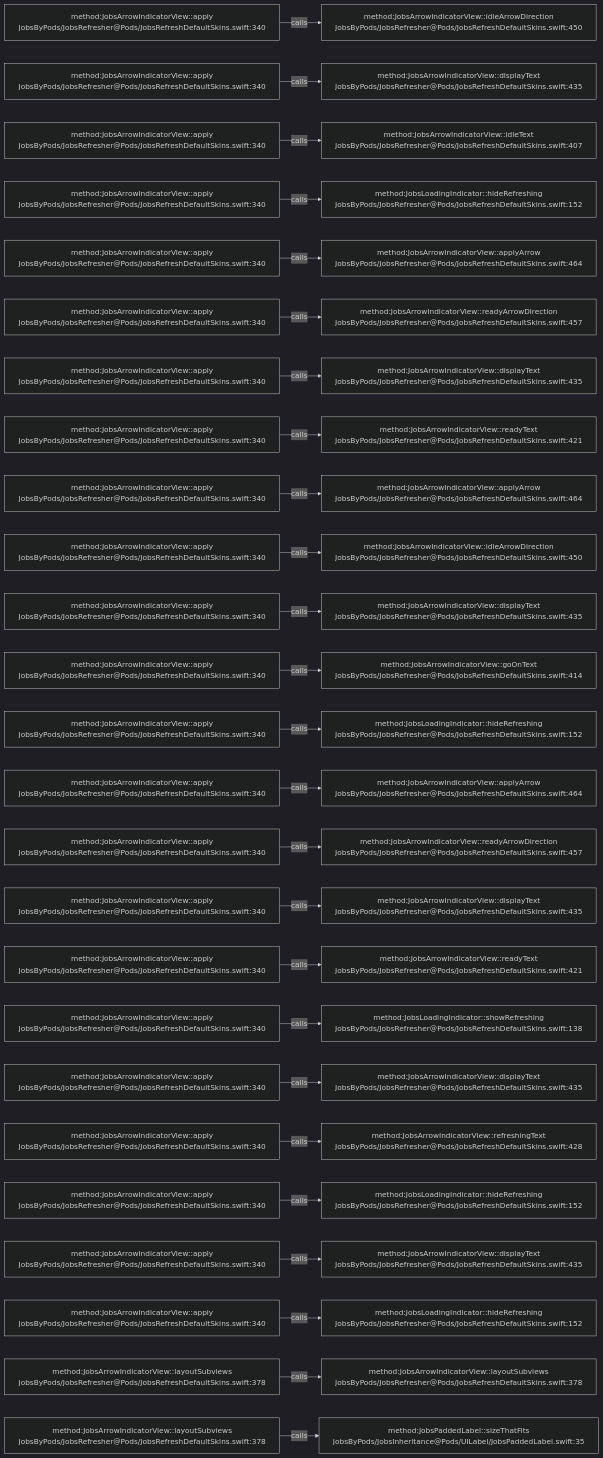
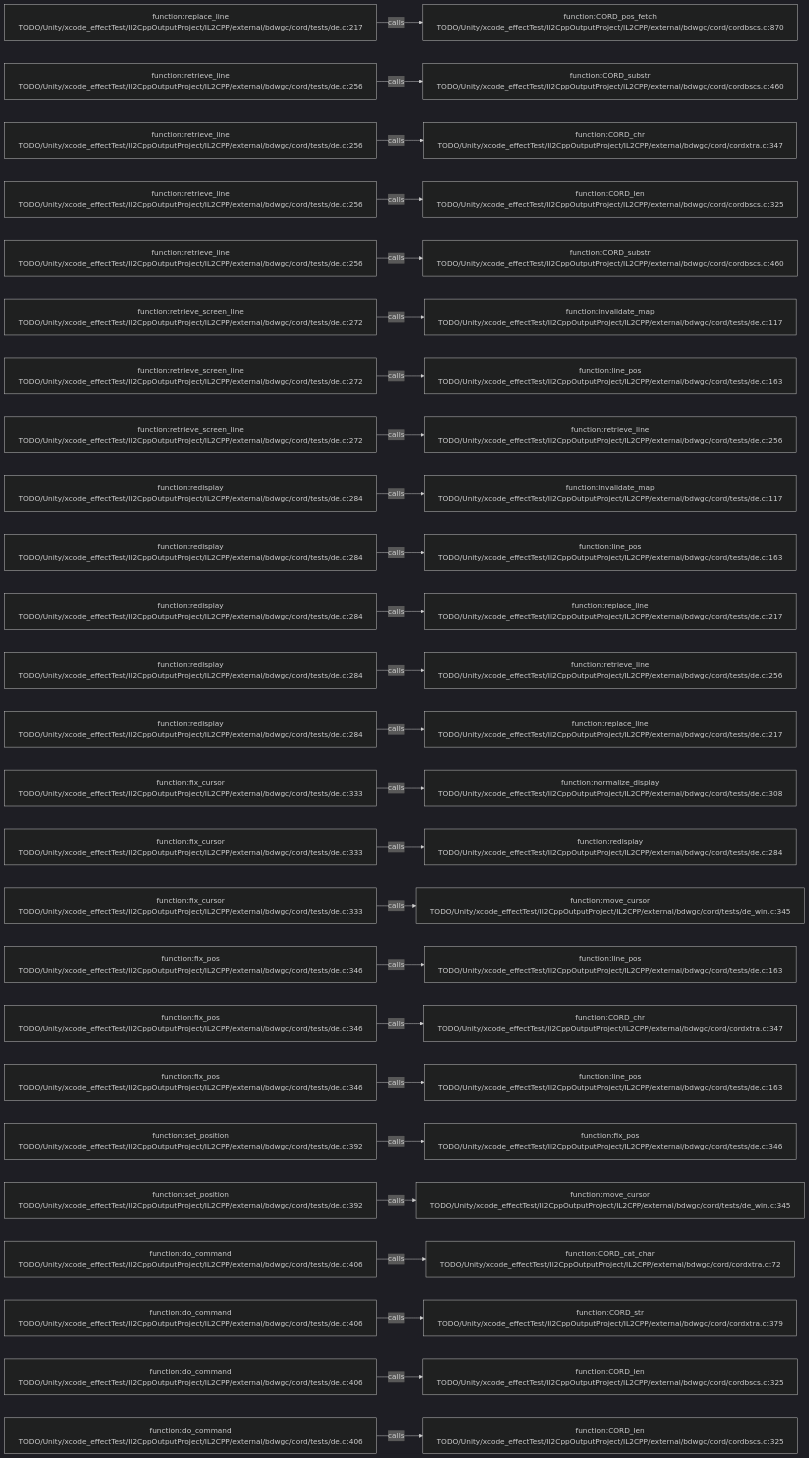
The diagram in .codegraph/codegraph.md/graphs/calls-160.md (JobsKits/JobsSwiftBaseConfigDemo), drawn with Mermaid (dark theme) before and after one commit. The commit also changed 569 other files, not shown here.

````diff
--- a/.codegraph/codegraph.md/graphs/calls-160.md
+++ b/.codegraph/codegraph.md/graphs/calls-160.md
@@ -13,78 +13,78 @@
 ```mermaid
 flowchart LR
-  S1["method:JobsArrowIndicatorView::apply<br/>JobsByPods/JobsRefresher@Pods/JobsRefreshDefaultSkins.swift:340"]
-  T1["method:JobsArrowIndicatorView::idleArrowDirection<br/>JobsByPods/JobsRefresher@Pods/JobsRefreshDefaultSkins.swift:450"]
+  S1["function:replace_line<br/>TODO/Unity/xcode_effectTest/Il2CppOutputProject/IL2CPP/external/bdwgc/cord/tests/de.c:217"]
+  T1["function:CORD_pos_fetch<br/>TODO/Unity/xcode_effectTest/Il2CppOutputProject/IL2CPP/external/bdwgc/cord/cordbscs.c:870"]
   S1 -->|calls| T1
-  S2["method:JobsArrowIndicatorView::apply<br/>JobsByPods/JobsRefresher@Pods/JobsRefreshDefaultSkins.swift:340"]
-  T2["method:JobsArrowIndicatorView::displayText<br/>JobsByPods/JobsRefresher@Pods/JobsRefreshDefaultSkins.swift:435"]
+  S2["function:retrieve_line<br/>TODO/Unity/xcode_effectTest/Il2CppOutputProject/IL2CPP/external/bdwgc/cord/tests/de.c:256"]
+  T2["function:CORD_substr<br/>TODO/Unity/xcode_effectTest/Il2CppOutputProject/IL2CPP/external/bdwgc/cord/cordbscs.c:460"]
   S2 -->|calls| T2
-  S3["method:JobsArrowIndicatorView::apply<br/>JobsByPods/JobsRefresher@Pods/JobsRefreshDefaultSkins.swift:340"]
-  T3["method:JobsArrowIndicatorView::idleText<br/>JobsByPods/JobsRefresher@Pods/JobsRefreshDefaultSkins.swift:407"]
+  S3["function:retrieve_line<br/>TODO/Unity/xcode_effectTest/Il2CppOutputProject/IL2CPP/external/bdwgc/cord/tests/de.c:256"]
+  T3["function:CORD_chr<br/>TODO/Unity/xcode_effectTest/Il2CppOutputProject/IL2CPP/external/bdwgc/cord/cordxtra.c:347"]
   S3 -->|calls| T3
-  S4["method:JobsArrowIndicatorView::apply<br/>JobsByPods/JobsRefresher@Pods/JobsRefreshDefaultSkins.swift:340"]
-  T4["method:JobsLoadingIndicator::hideRefreshing<br/>JobsByPods/JobsRefresher@Pods/JobsRefreshDefaultSkins.swift:152"]
+  S4["function:retrieve_line<br/>TODO/Unity/xcode_effectTest/Il2CppOutputProject/IL2CPP/external/bdwgc/cord/tests/de.c:256"]
+  T4["function:CORD_len<br/>TODO/Unity/xcode_effectTest/Il2CppOutputProject/IL2CPP/external/bdwgc/cord/cordbscs.c:325"]
   S4 -->|calls| T4
-  S5["method:JobsArrowIndicatorView::apply<br/>JobsByPods/JobsRefresher@Pods/JobsRefreshDefaultSkins.swift:340"]
-  T5["method:JobsArrowIndicatorView::applyArrow<br/>JobsByPods/JobsRefresher@Pods/JobsRefreshDefaultSkins.swift:464"]
+  S5["function:retrieve_line<br/>TODO/Unity/xcode_effectTest/Il2CppOutputProject/IL2CPP/external/bdwgc/cord/tests/de.c:256"]
+  T5["function:CORD_substr<br/>TODO/Unity/xcode_effectTest/Il2CppOutputProject/IL2CPP/external/bdwgc/cord/cordbscs.c:460"]
   S5 -->|calls| T5
-  S6["method:JobsArrowIndicatorView::apply<br/>JobsByPods/JobsRefresher@Pods/JobsRefreshDefaultSkins.swift:340"]
-  T6["method:JobsArrowIndicatorView::readyArrowDirection<br/>JobsByPods/JobsRefresher@Pods/JobsRefreshDefaultSkins.swift:457"]
+  S6["function:retrieve_screen_line<br/>TODO/Unity/xcode_effectTest/Il2CppOutputProject/IL2CPP/external/bdwgc/cord/tests/de.c:272"]
+  T6["function:invalidate_map<br/>TODO/Unity/xcode_effectTest/Il2CppOutputProject/IL2CPP/external/bdwgc/cord/tests/de.c:117"]
   S6 -->|calls| T6
-  S7["method:JobsArrowIndicatorView::apply<br/>JobsByPods/JobsRefresher@Pods/JobsRefreshDefaultSkins.swift:340"]
-  T7["method:JobsArrowIndicatorView::displayText<br/>JobsByPods/JobsRefresher@Pods/JobsRefreshDefaultSkins.swift:435"]
+  S7["function:retrieve_screen_line<br/>TODO/Unity/xcode_effectTest/Il2CppOutputProject/IL2CPP/external/bdwgc/cord/tests/de.c:272"]
+  T7["function:line_pos<br/>TODO/Unity/xcode_effectTest/Il2CppOutputProject/IL2CPP/external/bdwgc/cord/tests/de.c:163"]
   S7 -->|calls| T7
-  S8["method:JobsArrowIndicatorView::apply<br/>JobsByPods/JobsRefresher@Pods/JobsRefreshDefaultSkins.swift:340"]
-  T8["method:JobsArrowIndicatorView::readyText<br/>JobsByPods/JobsRefresher@Pods/JobsRefreshDefaultSkins.swift:421"]
+  S8["function:retrieve_screen_line<br/>TODO/Unity/xcode_effectTest/Il2CppOutputProject/IL2CPP/external/bdwgc/cord/tests/de.c:272"]
+  T8["function:retrieve_line<br/>TODO/Unity/xcode_effectTest/Il2CppOutputProject/IL2CPP/external/bdwgc/cord/tests/de.c:256"]
   S8 -->|calls| T8
-  S9["method:JobsArrowIndicatorView::apply<br/>JobsByPods/JobsRefresher@Pods/JobsRefreshDefaultSkins.swift:340"]
-  T9["method:JobsArrowIndicatorView::applyArrow<br/>JobsByPods/JobsRefresher@Pods/JobsRefreshDefaultSkins.swift:464"]
+  S9["function:redisplay<br/>TODO/Unity/xcode_effectTest/Il2CppOutputProject/IL2CPP/external/bdwgc/cord/tests/de.c:284"]
+  T9["function:invalidate_map<br/>TODO/Unity/xcode_effectTest/Il2CppOutputProject/IL2CPP/external/bdwgc/cord/tests/de.c:117"]
   S9 -->|calls| T9
-  S10["method:JobsArrowIndicatorView::apply<br/>JobsByPods/JobsRefresher@Pods/JobsRefreshDefaultSkins.swift:340"]
-  T10["method:JobsArrowIndicatorView::idleArrowDirection<br/>JobsByPods/JobsRefresher@Pods/JobsRefreshDefaultSkins.swift:450"]
+  S10["function:redisplay<br/>TODO/Unity/xcode_effectTest/Il2CppOutputProject/IL2CPP/external/bdwgc/cord/tests/de.c:284"]
+  T10["function:line_pos<br/>TODO/Unity/xcode_effectTest/Il2CppOutputProject/IL2CPP/external/bdwgc/cord/tests/de.c:163"]
   S10 -->|calls| T10
-  S11["method:JobsArrowIndicatorView::apply<br/>JobsByPods/JobsRefresher@Pods/JobsRefreshDefaultSkins.swift:340"]
-  T11["method:JobsArrowIndicatorView::displayText<br/>JobsByPods/JobsRefresher@Pods/JobsRefreshDefaultSkins.swift:435"]
+  S11["function:redisplay<br/>TODO/Unity/xcode_effectTest/Il2CppOutputProject/IL2CPP/external/bdwgc/cord/tests/de.c:284"]
+  T11["function:replace_line<br/>TODO/Unity/xcode_effectTest/Il2CppOutputProject/IL2CPP/external/bdwgc/cord/tests/de.c:217"]
   S11 -->|calls| T11
-  S12["method:JobsArrowIndicatorView::apply<br/>JobsByPods/JobsRefresher@Pods/JobsRefreshDefaultSkins.swift:340"]
-  T12["method:JobsArrowIndicatorView::goOnText<br/>JobsByPods/JobsRefresher@Pods/JobsRefreshDefaultSkins.swift:414"]
+  S12["function:redisplay<br/>TODO/Unity/xcode_effectTest/Il2CppOutputProject/IL2CPP/external/bdwgc/cord/tests/de.c:284"]
+  T12["function:retrieve_line<br/>TODO/Unity/xcode_effectTest/Il2CppOutputProject/IL2CPP/external/bdwgc/cord/tests/de.c:256"]
   S12 -->|calls| T12
-  S13["method:JobsArrowIndicatorView::apply<br/>JobsByPods/JobsRefresher@Pods/JobsRefreshDefaultSkins.swift:340"]
-  T13["method:JobsLoadingIndicator::hideRefreshing<br/>JobsByPods/JobsRefresher@Pods/JobsRefreshDefaultSkins.swift:152"]
+  S13["function:redisplay<br/>TODO/Unity/xcode_effectTest/Il2CppOutputProject/IL2CPP/external/bdwgc/cord/tests/de.c:284"]
+  T13["function:replace_line<br/>TODO/Unity/xcode_effectTest/Il2CppOutputProject/IL2CPP/external/bdwgc/cord/tests/de.c:217"]
   S13 -->|calls| T13
-  S14["method:JobsArrowIndicatorView::apply<br/>JobsByPods/JobsRefresher@Pods/JobsRefreshDefaultSkins.swift:340"]
-  T14["method:JobsArrowIndicatorView::applyArrow<br/>JobsByPods/JobsRefresher@Pods/JobsRefreshDefaultSkins.swift:464"]
+  S14["function:fix_cursor<br/>TODO/Unity/xcode_effectTest/Il2CppOutputProject/IL2CPP/external/bdwgc/cord/tests/de.c:333"]
+  T14["function:normalize_display<br/>TODO/Unity/xcode_effectTest/Il2CppOutputProject/IL2CPP/external/bdwgc/cord/tests/de.c:308"]
   S14 -->|calls| T14
-  S15["method:JobsArrowIndicatorView::apply<br/>JobsByPods/JobsRefresher@Pods/JobsRefreshDefaultSkins.swift:340"]
-  T15["method:JobsArrowIndicatorView::readyArrowDirection<br/>JobsByPods/JobsRefresher@Pods/JobsRefreshDefaultSkins.swift:457"]
+  S15["function:fix_cursor<br/>TODO/Unity/xcode_effectTest/Il2CppOutputProject/IL2CPP/external/bdwgc/cord/tests/de.c:333"]
+  T15["function:redisplay<br/>TODO/Unity/xcode_effectTest/Il2CppOutputProject/IL2CPP/external/bdwgc/cord/tests/de.c:284"]
   S15 -->|calls| T15
-  S16["method:JobsArrowIndicatorView::apply<br/>JobsByPods/JobsRefresher@Pods/JobsRefreshDefaultSkins.swift:340"]
-  T16["method:JobsArrowIndicatorView::displayText<br/>JobsByPods/JobsRefresher@Pods/JobsRefreshDefaultSkins.swift:435"]
+  S16["function:fix_cursor<br/>TODO/Unity/xcode_effectTest/Il2CppOutputProject/IL2CPP/external/bdwgc/cord/tests/de.c:333"]
+  T16["function:move_cursor<br/>TODO/Unity/xcode_effectTest/Il2CppOutputProject/IL2CPP/external/bdwgc/cord/tests/de_win.c:345"]
   S16 -->|calls| T16
-  S17["method:JobsArrowIndicatorView::apply<br/>JobsByPods/JobsRefresher@Pods/JobsRefreshDefaultSkins.swift:340"]
-  T17["method:JobsArrowIndicatorView::readyText<br/>JobsByPods/JobsRefresher@Pods/JobsRefreshDefaultSkins.swift:421"]
+  S17["function:fix_pos<br/>TODO/Unity/xcode_effectTest/Il2CppOutputProject/IL2CPP/external/bdwgc/cord/tests/de.c:346"]
+  T17["function:line_pos<br/>TODO/Unity/xcode_effectTest/Il2CppOutputProject/IL2CPP/external/bdwgc/cord/tests/de.c:163"]
   S17 -->|calls| T17
-  S18["method:JobsArrowIndicatorView::apply<br/>JobsByPods/JobsRefresher@Pods/JobsRefreshDefaultSkins.swift:340"]
-  T18["method:JobsLoadingIndicator::showRefreshing<br/>JobsByPods/JobsRefresher@Pods/JobsRefreshDefaultSkins.swift:138"]
+  S18["function:fix_pos<br/>TODO/Unity/xcode_effectTest/Il2CppOutputProject/IL2CPP/external/bdwgc/cord/tests/de.c:346"]
+  T18["function:CORD_chr<br/>TODO/Unity/xcode_effectTest/Il2CppOutputProject/IL2CPP/external/bdwgc/cord/cordxtra.c:347"]
   S18 -->|calls| T18
-  S19["method:JobsArrowIndicatorView::apply<br/>JobsByPods/JobsRefresher@Pods/JobsRefreshDefaultSkins.swift:340"]
-  T19["method:JobsArrowIndicatorView::displayText<br/>JobsByPods/JobsRefresher@Pods/JobsRefreshDefaultSkins.swift:435"]
+  S19["function:fix_pos<br/>TODO/Unity/xcode_effectTest/Il2CppOutputProject/IL2CPP/external/bdwgc/cord/tests/de.c:346"]
+  T19["function:line_pos<br/>TODO/Unity/xcode_effectTest/Il2CppOutputProject/IL2CPP/external/bdwgc/cord/tests/de.c:163"]
   S19 -->|calls| T19
-  S20["method:JobsArrowIndicatorView::apply<br/>JobsByPods/JobsRefresher@Pods/JobsRefreshDefaultSkins.swift:340"]
-  T20["method:JobsArrowIndicatorView::refreshingText<br/>JobsByPods/JobsRefresher@Pods/JobsRefreshDefaultSkins.swift:428"]
+  S20["function:set_position<br/>TODO/Unity/xcode_effectTest/Il2CppOutputProject/IL2CPP/external/bdwgc/cord/tests/de.c:392"]
+  T20["function:fix_pos<br/>TODO/Unity/xcode_effectTest/Il2CppOutputProject/IL2CPP/external/bdwgc/cord/tests/de.c:346"]
   S20 -->|calls| T20
-  S21["method:JobsArrowIndicatorView::apply<br/>JobsByPods/JobsRefresher@Pods/JobsRefreshDefaultSkins.swift:340"]
-  T21["method:JobsLoadingIndicator::hideRefreshing<br/>JobsByPods/JobsRefresher@Pods/JobsRefreshDefaultSkins.swift:152"]
+  S21["function:set_position<br/>TODO/Unity/xcode_effectTest/Il2CppOutputProject/IL2CPP/external/bdwgc/cord/tests/de.c:392"]
+  T21["function:move_cursor<br/>TODO/Unity/xcode_effectTest/Il2CppOutputProject/IL2CPP/external/bdwgc/cord/tests/de_win.c:345"]
   S21 -->|calls| T21
-  S22["method:JobsArrowIndicatorView::apply<br/>JobsByPods/JobsRefresher@Pods/JobsRefreshDefaultSkins.swift:340"]
-  T22["method:JobsArrowIndicatorView::displayText<br/>JobsByPods/JobsRefresher@Pods/JobsRefreshDefaultSkins.swift:435"]
+  S22["function:do_command<br/>TODO/Unity/xcode_effectTest/Il2CppOutputProject/IL2CPP/external/bdwgc/cord/tests/de.c:406"]
+  T22["function:CORD_cat_char<br/>TODO/Unity/xcode_effectTest/Il2CppOutputProject/IL2CPP/external/bdwgc/cord/cordxtra.c:72"]
   S22 -->|calls| T22
-  S23["method:JobsArrowIndicatorView::apply<br/>JobsByPods/JobsRefresher@Pods/JobsRefreshDefaultSkins.swift:340"]
-  T23["method:JobsLoadingIndicator::hideRefreshing<br/>JobsByPods/JobsRefresher@Pods/JobsRefreshDefaultSkins.swift:152"]
+  S23["function:do_command<br/>TODO/Unity/xcode_effectTest/Il2CppOutputProject/IL2CPP/external/bdwgc/cord/tests/de.c:406"]
+  T23["function:CORD_str<br/>TODO/Unity/xcode_effectTest/Il2CppOutputProject/IL2CPP/external/bdwgc/cord/cordxtra.c:379"]
   S23 -->|calls| T23
-  S24["method:JobsArrowIndicatorView::layoutSubviews<br/>JobsByPods/JobsRefresher@Pods/JobsRefreshDefaultSkins.swift:378"]
-  T24["method:JobsArrowIndicatorView::layoutSubviews<br/>JobsByPods/JobsRefresher@Pods/JobsRefreshDefaultSkins.swift:378"]
+  S24["function:do_command<br/>TODO/Unity/xcode_effectTest/Il2CppOutputProject/IL2CPP/external/bdwgc/cord/tests/de.c:406"]
+  T24["function:CORD_len<br/>TODO/Unity/xcode_effectTest/Il2CppOutputProject/IL2CPP/external/bdwgc/cord/cordbscs.c:325"]
   S24 -->|calls| T24
-  S25["method:JobsArrowIndicatorView::layoutSubviews<br/>JobsByPods/JobsRefresher@Pods/JobsRefreshDefaultSkins.swift:378"]
-  T25["method:JobsPaddedLabel::sizeThatFits<br/>JobsByPods/JobsInheritance@Pods/UILabel/JobsPaddedLabel.swift:35"]
+  S25["function:do_command<br/>TODO/Unity/xcode_effectTest/Il2CppOutputProject/IL2CPP/external/bdwgc/cord/tests/de.c:406"]
+  T25["function:CORD_len<br/>TODO/Unity/xcode_effectTest/Il2CppOutputProject/IL2CPP/external/bdwgc/cord/cordbscs.c:325"]
   S25 -->|calls| T25
 ```
````
